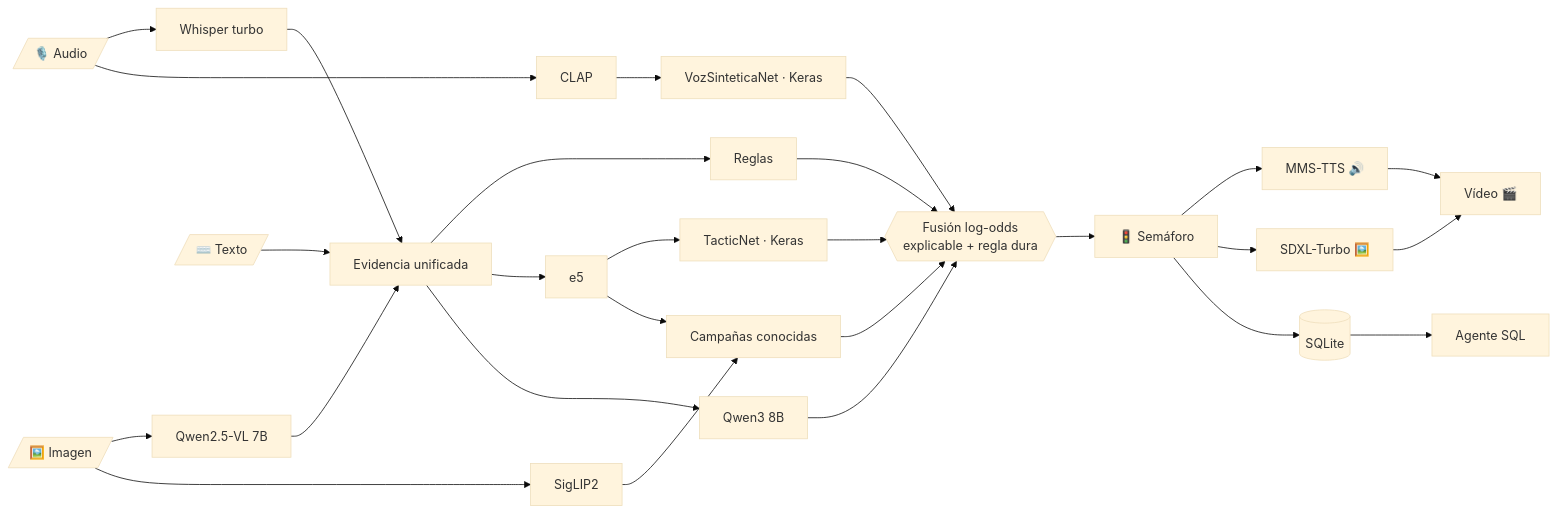
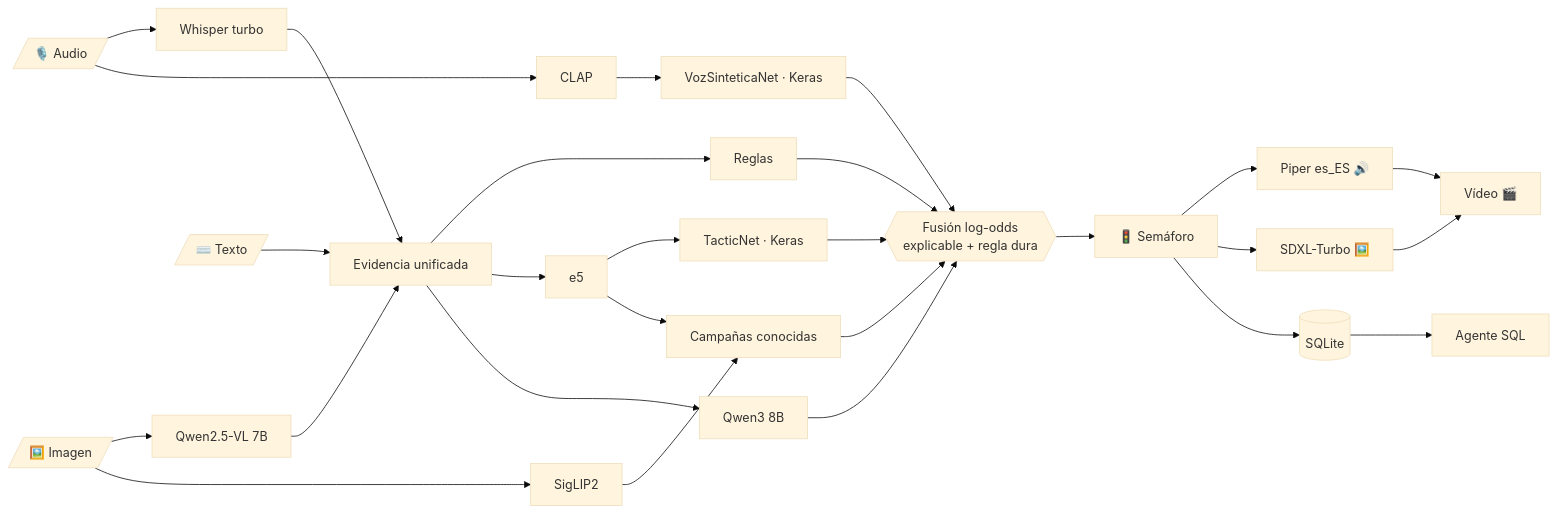
One commit to ALBERELVIS/Taller-Multimodales changed the diagram in README.md. Above: the diagram before and after it, drawn with Mermaid (base theme). The commit also changed other lines of this file and 33 other files, not shown here.

````diff
--- a/README.md
+++ b/README.md
@@ -123,21 +123,21 @@
 ```mermaid
 flowchart LR
   A[/"🎙️ Audio"/] --> W["Whisper turbo"]
   A --> CL["CLAP"] --> VS["VozSinteticaNet · Keras"]
   I[/"🖼️ Imagen"/] --> VL["Qwen2.5-VL 7B"]
   I --> SG["SigLIP2"]
   T[/"⌨️ Texto"/] --> EV
   W --> EV["Evidencia unificada"]
   VL --> EV
   EV --> RX["Reglas"]
   EV --> E5["e5"] --> TN["TacticNet · Keras"]
   E5 --> CP["Campañas conocidas"]
   SG --> CP
   EV --> Q3["Qwen3 8B"]
   RX & TN & CP & Q3 & VS --> FU{{"Fusión log-odds<br/>explicable + regla dura"}}
   FU --> S["🚦 Semáforo"]
-  S --> TTS["MMS-TTS 🔊"]
+  S --> TTS["Piper es_ES 🔊"]
   S --> SD["SDXL-Turbo 🖼️"]
   TTS & SD --> MV["Vídeo 🎬"]
   S --> DB[("SQLite")] --> AG["Agente SQL"]
 ```
````
